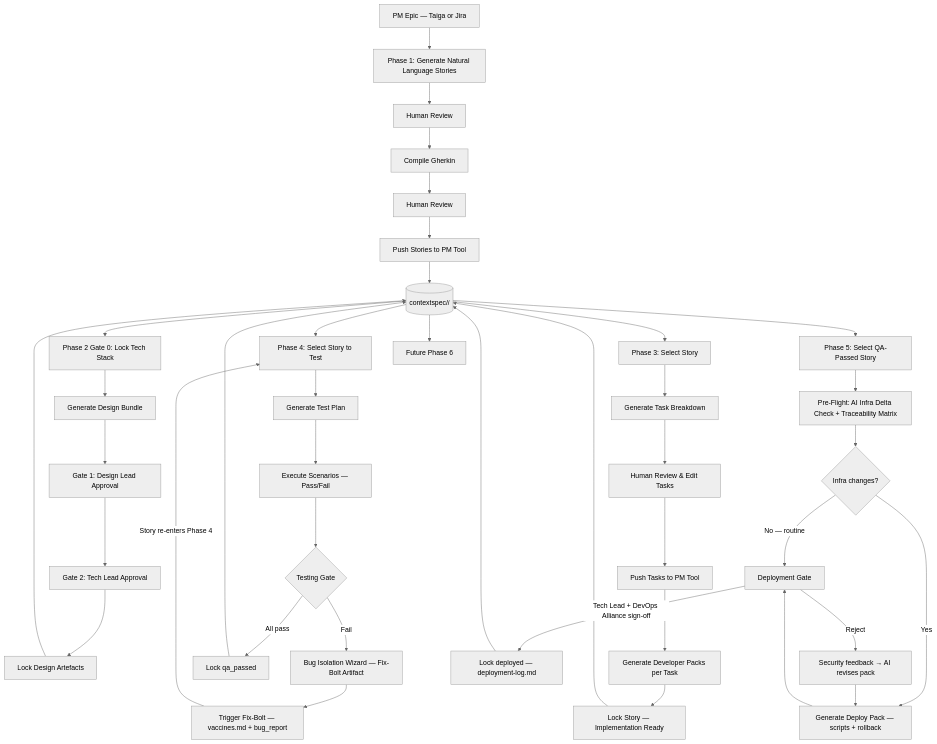
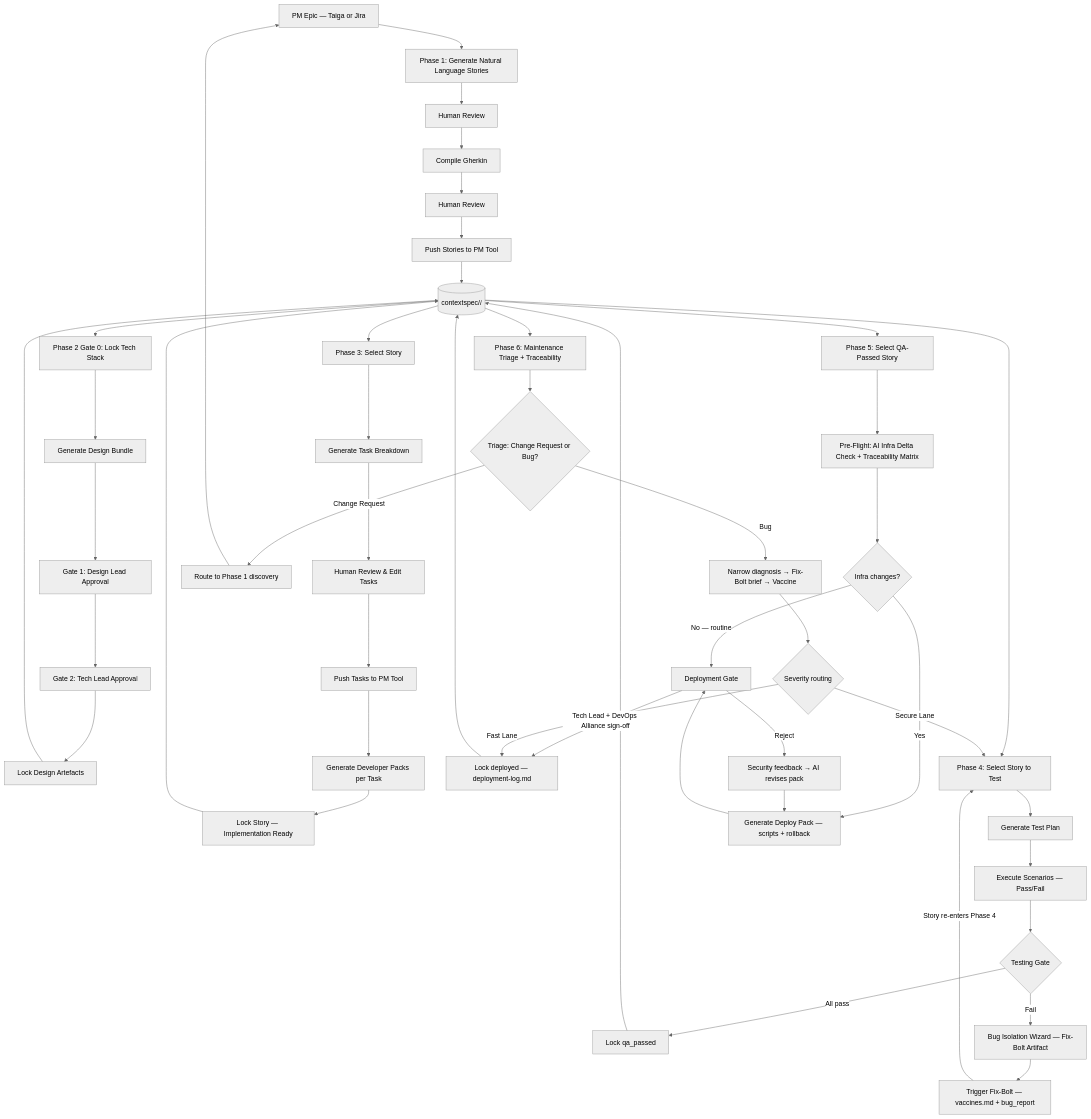
The diagram in README.md (thomastabs/apex), drawn with Mermaid (neutral theme) before and after one commit. The commit also changed other lines of this file, not shown here.

First line of the commit message:
docs(readme): document Phase 6, full spec-model roadmap, edge cases, conformance v2

````diff
--- a/README.md
+++ b/README.md
@@ -30,47 +30,54 @@
 ```mermaid
 flowchart TD
     A[PM Epic — Taiga or Jira] --> B[Phase 1: Generate Natural Language Stories]
     B --> C[Human Review]
     C --> D[Compile Gherkin]
     D --> E[Human Review]
     E --> F[Push Stories to PM Tool]
     F --> G[(contextspec/<instance_id>/<project_id>)]
 
     G --> H[Phase 2 Gate 0: Lock Tech Stack]
     H --> I[Generate Design Bundle]
     I --> J[Gate 1: Design Lead Approval]
     J --> K[Gate 2: Tech Lead Approval]
     K --> L[Lock Design Artefacts]
     L --> G
 
     G --> M[Phase 3: Select Story]
     M --> N[Generate Task Breakdown]
     N --> O[Human Review & Edit Tasks]
     O --> P[Push Tasks to PM Tool]
     P --> Q[Generate Developer Packs per Task]
     Q --> R[Lock Story — Implementation Ready]
     R --> G
 
     G --> S[Phase 4: Select Story to Test]
     S --> T[Generate Test Plan]
     T --> U[Execute Scenarios — Pass/Fail]
     U --> V{Testing Gate}
     V -->|All pass| W[Lock qa_passed]
     V -->|Fail| X[Bug Isolation Wizard — Fix-Bolt Artifact]
     X --> Y[Trigger Fix-Bolt — vaccines.md + bug_report]
     Y -->|Story re-enters Phase 4| S
     W --> G
 
     G --> Z[Phase 5: Select QA-Passed Story]
     Z --> AA[Pre-Flight: AI Infra Delta Check + Traceability Matrix]
     AA --> AB{Infra changes?}
     AB -->|No — routine| AD[Deployment Gate]
     AB -->|Yes| AC[Generate Deploy Pack — scripts + rollback]
     AC --> AD
     AD -->|Tech Lead + DevOps Alliance sign-off| AE[Lock deployed — deployment-log.md]
     AD -->|Reject| AF[Security feedback → AI revises pack]
     AF --> AC
     AE --> G
 
-    G --> AG[Future Phase 6]
+    G --> AG[Phase 6: Maintenance Triage + Traceability]
+    AG --> AH{Triage: Change Request or Bug?}
+    AH -->|Change Request| AI[Route to Phase 1 discovery]
+    AH -->|Bug| AJ[Narrow diagnosis → Fix-Bolt brief → Vaccine]
+    AJ --> AK{Severity routing}
+    AK -->|Fast Lane| AE
+    AK -->|Secure Lane| S
+    AI --> A
 ```
````
